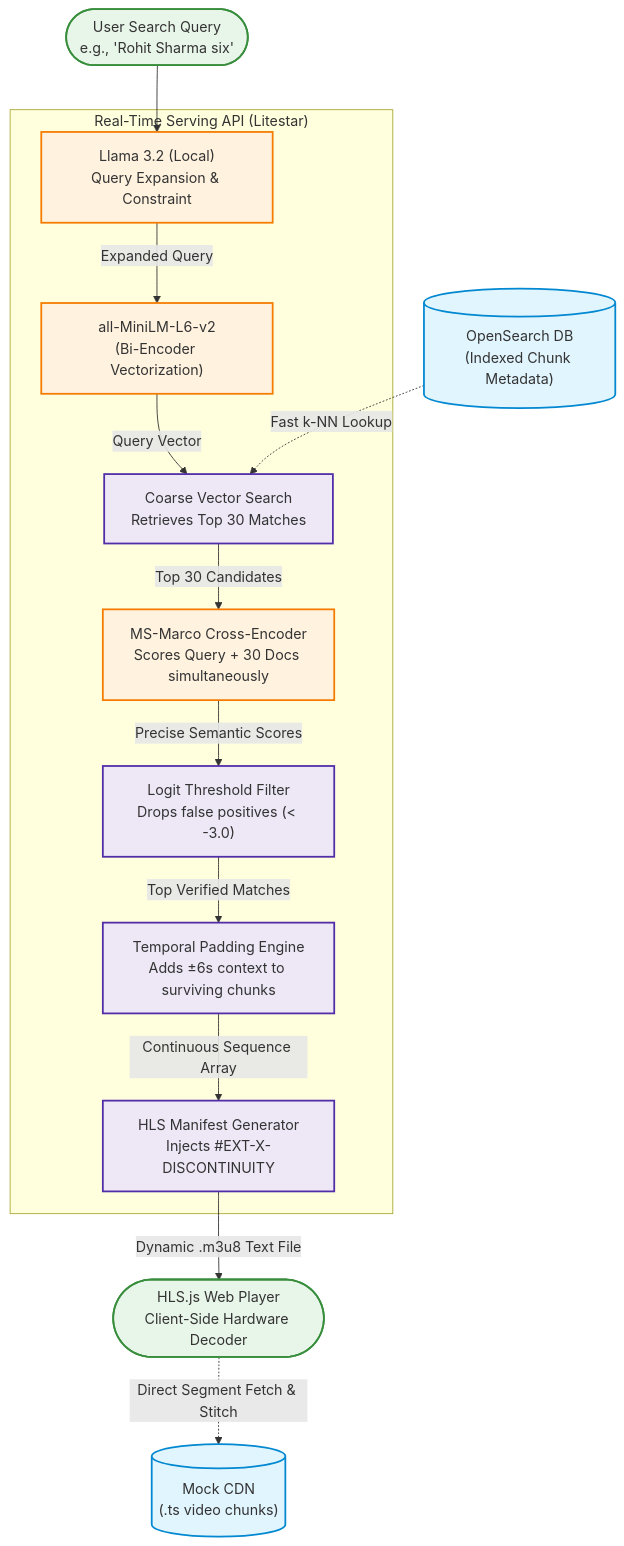
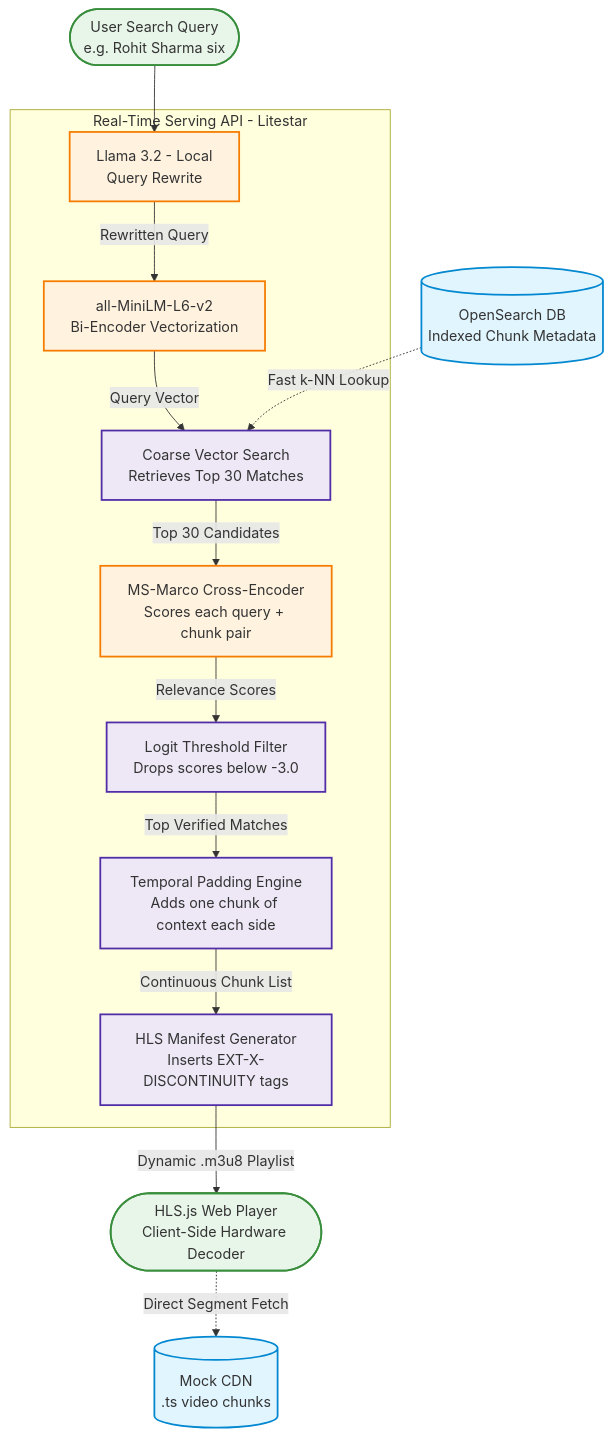
Before and after one commit to MNKCrypto/semantic-stream: the second of 2 diagrams in readme.md, drawn with Mermaid. The commit also changed other lines of this file, not shown here.

Commit message:
Simplify Mermaid diagrams for GitHub rendering

````diff
--- a/readme.md
+++ b/readme.md
@@ -68,51 +56,38 @@
 ```mermaid
 flowchart TD
-    %% Inputs
-    UserQuery([User Search Query<br/>e.g., 'Rohit Sharma six'])
-    VectorDB[("OpenSearch DB<br/>(Indexed Chunk Metadata)")]
+    UserQuery(["User Search Query<br/>e.g. Rohit Sharma six"])
+    VectorDB[("OpenSearch DB<br/>Indexed Chunk Metadata")]
 
-    subgraph Online_API ["Real-Time Serving API (Litestar)"]
-        %% Pre-Search
-        Llama["Llama 3.2 (Local)<br/>Query Expansion & Constraint"]
-
-        %% Stage 1
-        BiEnc["all-MiniLM-L6-v2<br/>(Bi-Encoder Vectorization)"]
+    subgraph Online_API["Real-Time Serving API - Litestar"]
+        Llama["Llama 3.2 - Local<br/>Query Rewrite"]
+        BiEnc["all-MiniLM-L6-v2<br/>Bi-Encoder Vectorization"]
         CoarseSearch["Coarse Vector Search<br/>Retrieves Top 30 Matches"]
-
-        %% Stage 2: The Cross-Encoder
-        CrossEnc["MS-Marco Cross-Encoder<br/>Scores Query + 30 Docs simultaneously"]
-        Filter["Logit Threshold Filter<br/>Drops false positives (< -3.0)"]
-
-        %% Assembly
-        Padder["Temporal Padding Engine<br/>Adds ±6s context to surviving chunks"]
-        ManifestEngine["HLS Manifest Generator<br/>Injects #EXT-X-DISCONTINUITY"]
+        CrossEnc["MS-Marco Cross-Encoder<br/>Scores each query + chunk pair"]
+        Filter["Logit Threshold Filter<br/>Drops scores below -3.0"]
+        Padder["Temporal Padding Engine<br/>Adds one chunk of context each side"]
+        ManifestEngine["HLS Manifest Generator<br/>Inserts EXT-X-DISCONTINUITY tags"]
     end
 
-    %% Output
-    HLSPlayer([HLS.js Web Player<br/>Client-Side Hardware Decoder])
-    CDN[("Mock CDN<br/>(.ts video chunks)")]
+    HLSPlayer(["HLS.js Web Player<br/>Client-Side Hardware Decoder"])
+    CDN[("Mock CDN<br/>.ts video chunks")]
 
-    %% The Flow
     UserQuery --> Llama
-    Llama -->|"Expanded Query"| BiEnc
+    Llama -->|"Rewritten Query"| BiEnc
     BiEnc -->|"Query Vector"| CoarseSearch
     VectorDB -.->|"Fast k-NN Lookup"| CoarseSearch
+    CoarseSearch -->|"Top 30 Candidates"| CrossEnc
+    CrossEnc -->|"Relevance Scores"| Filter
+    Filter -->|"Top Verified Matches"| Padder
+    Padder -->|"Continuous Chunk List"| ManifestEngine
+    ManifestEngine -->|"Dynamic .m3u8 Playlist"| HLSPlayer
+    HLSPlayer -.->|"Direct Segment Fetch"| CDN
 
-    CoarseSearch -->|"Top 30 Candidates"| CrossEnc
-    CrossEnc -->|"Precise Semantic Scores"| Filter
-    Filter -->|"Top Verified Matches"| Padder
-    Padder -->|"Continuous Sequence Array"| ManifestEngine
-    ManifestEngine -->|"Dynamic .m3u8 Text File"| HLSPlayer
-    HLSPlayer -.->|"Direct Segment Fetch & Stitch"| CDN
-
-    %% Styling
-    classDef storage fill:#e1f5fe,stroke:#0288d1,stroke-width:2px;
-    classDef ai fill:#fff3e0,stroke:#f57c00,stroke-width:2px;
-    classDef process fill:#ede7f6,stroke:#512da8,stroke-width:2px;
-    classDef client fill:#e8f5e9,stroke:#388e3c,stroke-width:2px;
-
-    class VectorDB,CDN storage;
-    class Llama,BiEnc,CrossEnc ai;
-    class CoarseSearch,Filter,Padder,ManifestEngine process;
-    class UserQuery,HLSPlayer client;
+    classDef storage fill:#e1f5fe,stroke:#0288d1,stroke-width:2px
+    classDef ai fill:#fff3e0,stroke:#f57c00,stroke-width:2px
+    classDef process fill:#ede7f6,stroke:#512da8,stroke-width:2px
+    classDef client fill:#e8f5e9,stroke:#388e3c,stroke-width:2px
+    class VectorDB,CDN storage
+    class Llama,BiEnc,CrossEnc ai
+    class CoarseSearch,Filter,Padder,ManifestEngine process
+    class UserQuery,HLSPlayer client
 ```
````
